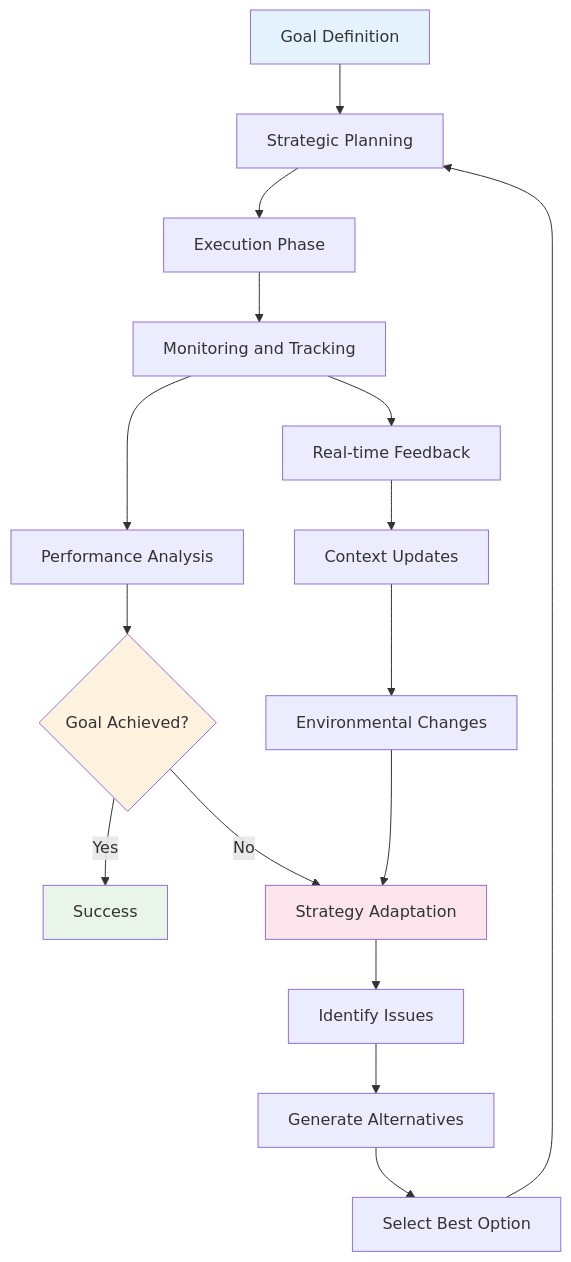
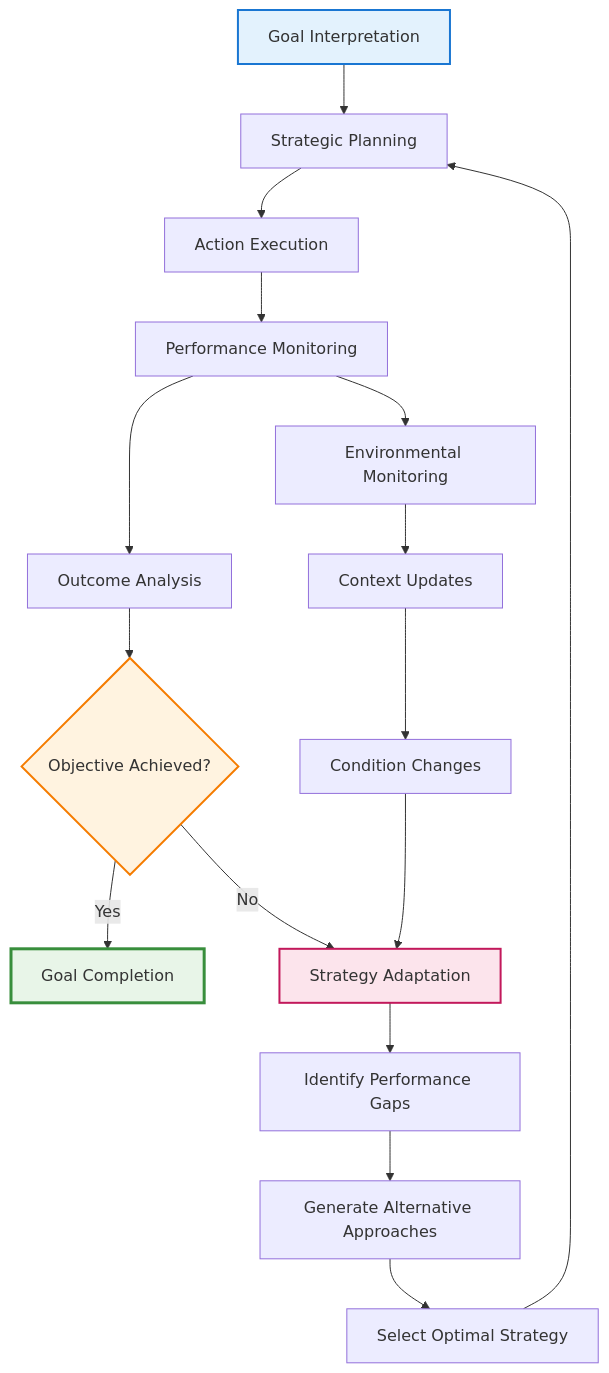
The third of 4 diagrams in 02_agentic_ai.md (Sourabh-Kumar04/LangGraph), drawn with Mermaid before and after one commit. The commit also changed other lines of this file, not shown here.

Commit message:
✨ Added lecture-style notes on Introduction to Agentic AI with diagrams and workflow examples

````diff
--- a/02_agentic_ai.md
+++ b/02_agentic_ai.md
@@ -386,26 +189,26 @@
 ```mermaid
 graph TD
-    A[Goal Definition] --> B[Strategic Planning]
-    B --> C[Execution Phase]
-    C --> D[Monitoring and Tracking]
-    D --> E[Performance Analysis]
-    E --> F{Goal Achieved?}
+    A["Goal Interpretation"] --> B["Strategic Planning"]
+    B --> C["Action Execution"]  
+    C --> D["Performance Monitoring"]
+    D --> E["Outcome Analysis"]
+    E --> F{"Objective Achieved?"}
     
-    F -->|Yes| G[Success]
-    F -->|No| H[Strategy Adaptation]
+    F -->|"Yes"| G["Goal Completion"]
+    F -->|"No"| H["Strategy Adaptation"]
     
-    H --> I[Identify Issues]
-    I --> J[Generate Alternatives]
-    J --> K[Select Best Option]
+    H --> I["Identify Performance Gaps"]
+    I --> J["Generate Alternative Approaches"]
+    J --> K["Select Optimal Strategy"]
     K --> B
     
-    D --> L[Real-time Feedback]
-    L --> M[Context Updates]
-    M --> N[Environmental Changes]
+    D --> L["Environmental Monitoring"]
+    L --> M["Context Updates"]
+    M --> N["Condition Changes"]
     N --> H
     
-    style A fill:#e3f2fd
-    style G fill:#e8f5e8
-    style F fill:#fff3e0
-    style H fill:#fce4ec
+    style A fill:#e3f2fd,stroke:#1976d2,stroke-width:2px
+    style G fill:#e8f5e8,stroke:#388e3c,stroke-width:3px
+    style F fill:#fff3e0,stroke:#f57c00,stroke-width:2px
+    style H fill:#fce4ec,stroke:#c2185b,stroke-width:2px
 ```
````
